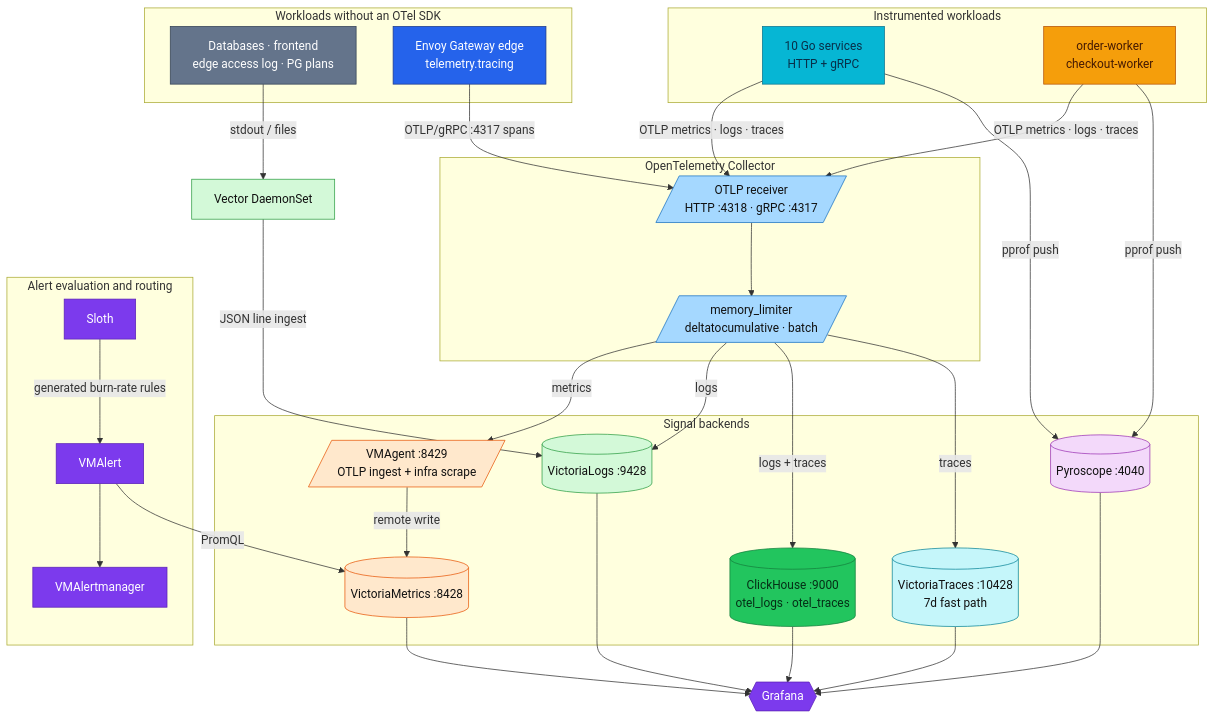
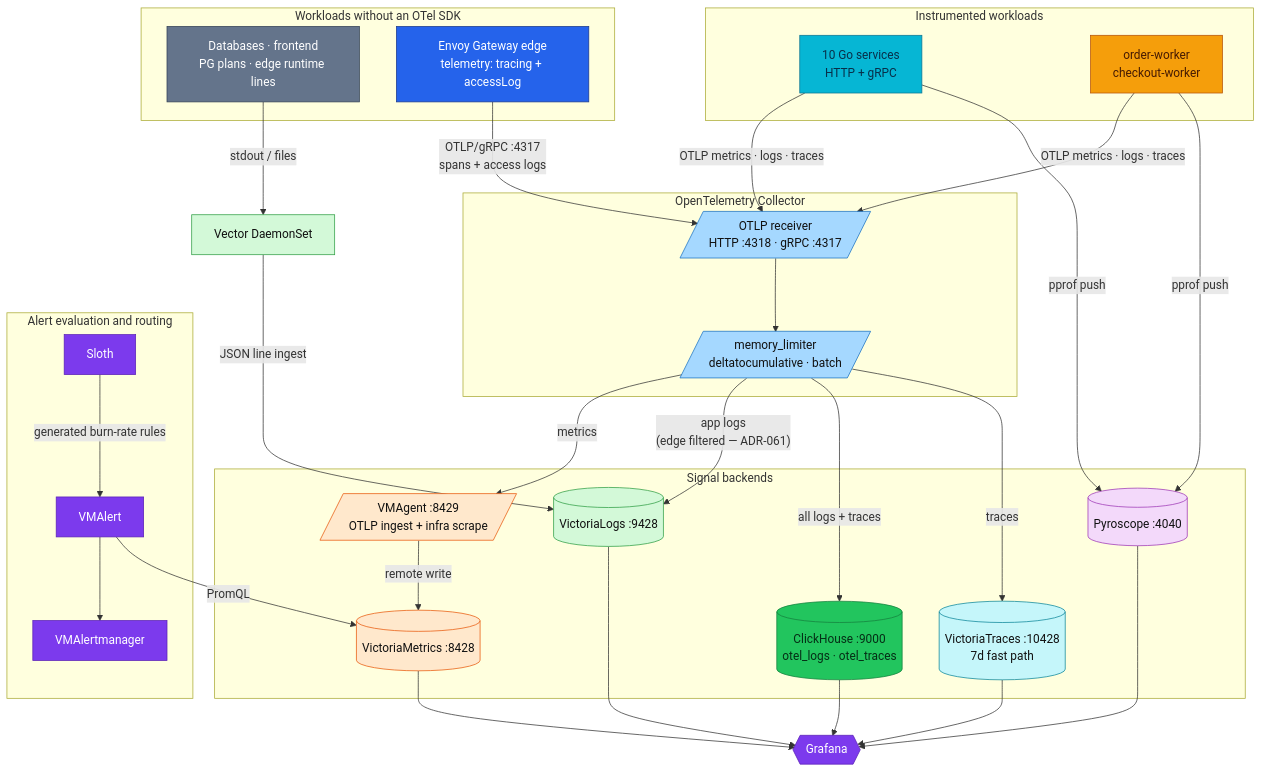
The first of 5 diagrams in docs/observability/README.md (duynhlab/homelab), drawn with Mermaid before and after one commit. The commit also changed other lines of this file and 11 other files, not shown here.

````diff
--- a/docs/observability/README.md
+++ b/docs/observability/README.md
@@ -23,80 +23,80 @@
 ```mermaid
 flowchart TB
     subgraph workloads["Instrumented workloads"]
         Services["10 Go services<br/>HTTP + gRPC"]
         Workers["order-worker<br/>checkout-worker"]
     end
 
     subgraph nonSdk["Workloads without an OTel SDK"]
-        Infra["Databases · frontend<br/>edge access log · PG plans"]
-        Edge["Envoy Gateway edge<br/>telemetry.tracing"]
+        Infra["Databases · frontend<br/>PG plans · edge runtime lines"]
+        Edge["Envoy Gateway edge<br/>telemetry: tracing + accessLog"]
     end
 
     subgraph collectorNode["OpenTelemetry Collector"]
         Receiver[/"OTLP receiver<br/>HTTP :4318 · gRPC :4317"/]
         Processors[/"memory_limiter<br/>deltatocumulative · batch"/]
         Receiver --> Processors
     end
 
     Vector["Vector DaemonSet"]
 
     subgraph backends["Signal backends"]
         VMAgent[/"VMAgent :8429<br/>OTLP ingest + infra scrape"/]
         VMSingle[("VictoriaMetrics :8428")]
         VLogs[("VictoriaLogs :9428")]
         VT[("VictoriaTraces :10428<br/>7d fast path")]
         CH[("ClickHouse :9000<br/>otel_logs · otel_traces")]
         Pyro[("Pyroscope :4040")]
     end
 
     subgraph alerting["Alert evaluation and routing"]
         Sloth["Sloth"]
         VMAlert["VMAlert"]
         VMAM["VMAlertmanager"]
         Sloth -->|"generated burn-rate rules"| VMAlert
         VMAlert --> VMAM
     end
 
     Grafana{{"Grafana"}}
 
     Services & Workers -->|"OTLP metrics · logs · traces"| Receiver
     Services & Workers -->|"pprof push"| Pyro
     Infra -->|"stdout / files"| Vector
-    Edge -->|"OTLP/gRPC :4317 spans"| Receiver
+    Edge -->|"OTLP/gRPC :4317<br/>spans + access logs"| Receiver
     Processors -->|"metrics"| VMAgent
-    Processors -->|"logs"| VLogs
-    Processors -->|"logs + traces"| CH
+    Processors -->|"app logs<br/>(edge filtered — ADR-061)"| VLogs
+    Processors -->|"all logs + traces"| CH
     Processors -->|"traces"| VT
     Vector -->|"JSON line ingest"| VLogs
     VMAgent -->|"remote write"| VMSingle
     VMAlert -->|"PromQL"| VMSingle
 
     VMSingle --> Grafana
     VLogs --> Grafana
     VT --> Grafana
     CH --> Grafana
     Pyro --> Grafana
 
     classDef edge fill:#2563eb,color:#fff,stroke:#1e3a8a;
     classDef service fill:#06b6d4,color:#082f49,stroke:#0e7490;
     classDef worker fill:#f59e0b,color:#451a03,stroke:#b45309;
     classDef platform fill:#7c3aed,color:#fff,stroke:#5b21b6;
     classDef external fill:#64748b,color:#fff,stroke:#334155;
     classDef metric fill:#ffe8cc,color:#111,stroke:#e8590c;
     classDef log fill:#d3f9d8,color:#111,stroke:#2f9e44;
     classDef trace fill:#c5f6fa,color:#111,stroke:#0c8599;
     classDef profile fill:#f3d9fa,color:#111,stroke:#9c36b5;
     classDef collector fill:#a5d8ff,color:#111,stroke:#1971c2;
     classDef data fill:#22c55e,color:#052e16,stroke:#15803d;
     class Services service;
     class Workers worker;
     class Receiver,Processors collector;
     class VMAgent,VMSingle metric;
     class Vector,VLogs log;
     class VT trace;
     class CH data;
     class Pyro profile;
     class Sloth,VMAlert,VMAM,Grafana platform;
     class Edge edge;
     class Infra external;
 ```
````
